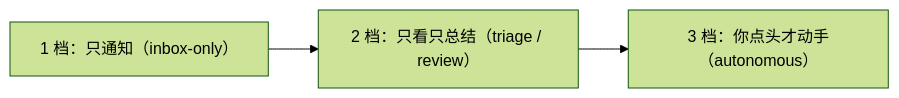
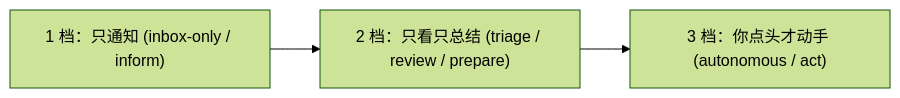
Before and after one commit to V1ki/dsh-watcher: the second of 2 diagrams in docs/04-以后再加的安全门禁.md, drawn with Mermaid (forest theme). The commit also changed other lines of this file and 5 other files, not shown here.

Commit message:
docs: update architecture, message flows, security gates, and outbound docs for HubVault and Router refactor

````diff
--- a/docs/04-以后再加的安全门禁.md
+++ b/docs/04-以后再加的安全门禁.md
@@ -69,4 +117,4 @@
 ```mermaid
 flowchart LR
-    L1["1 档：只通知（inbox-only）"] --> L2["2 档：只看只总结（triage / review）"] --> L3["3 档：你点头才动手（autonomous）"]
+    L1["1 档：只通知 (inbox-only / inform)"] --> L2["2 档：只看只总结 (triage / review / prepare)"] --> L3["3 档：你点头才动手 (autonomous / act)"]
 ```
````
